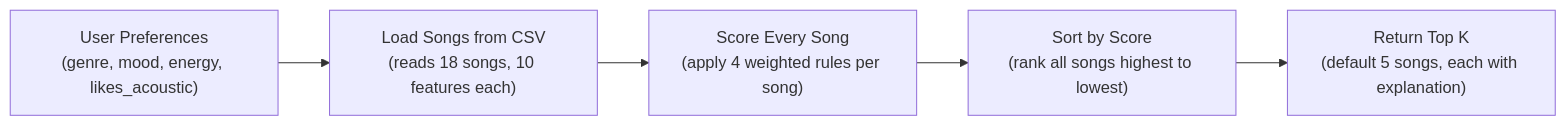
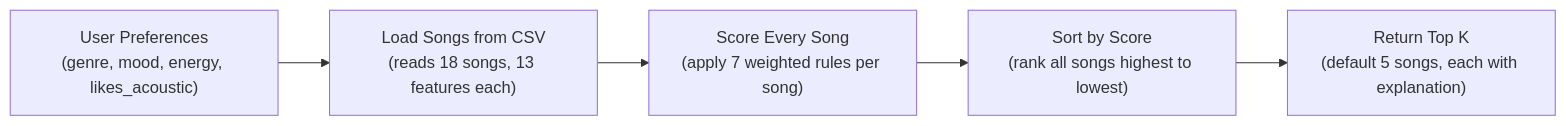
The diagram in README.md (armirchandani/ai110-module3show-musicrecommendersimulation-starter), drawn with Mermaid before and after one commit. The commit also changed other lines of this file, not shown here.

````diff
--- a/README.md
+++ b/README.md
@@ -20,8 +15,8 @@
 ```mermaid
 flowchart LR
     A["User Preferences\n(genre, mood, energy, likes_acoustic)"]
-    --> B["Load Songs from CSV\n(reads 18 songs, 10 features each)"]
-    --> C["Score Every Song\n(apply 4 weighted rules per song)"]
+    --> B["Load Songs from CSV\n(reads 18 songs, 13 features each)"]
+    --> C["Score Every Song\n(apply 7 weighted rules per song)"]
     --> D["Sort by Score\n(rank all songs highest to lowest)"]
     --> E["Return Top K\n(default 5 songs, each with explanation)"]
 ```
````
